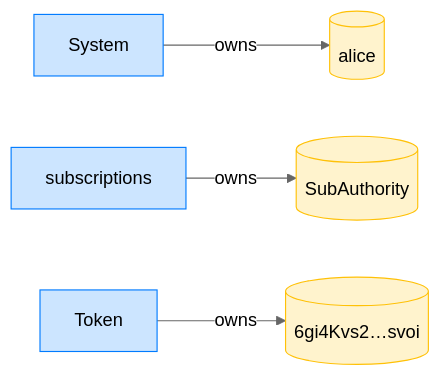
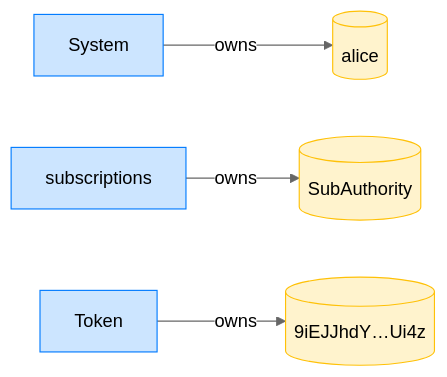
The fourth of 4 diagrams in dsl_tests/reject-a-fixed-delegation-with-a-past-expiry.md (cds-rs/subscriptions), drawn with Mermaid (neutral theme) before and after one commit. The commit also changed other lines of this file and 224 other files, not shown here.

````diff
--- a/dsl_tests/reject-a-fixed-delegation-with-a-past-expiry.md
+++ b/dsl_tests/reject-a-fixed-delegation-with-a-past-expiry.md
@@ -71,14 +76,14 @@
 ```mermaid
 flowchart LR
     classDef owner fill:#cce5ff,stroke:#007bff;
     classDef account fill:#fff3cd,stroke:#ffc107;
     System[System]:::owner
     alice[(alice)]:::account
     subscriptions[subscriptions]:::owner
     SubAuthority[(SubAuthority)]:::account
     Token[Token]:::owner
-    6gi4Kvs2_svoi[("6gi4Kvs2…svoi")]:::account
+    9iEJJhdY_Ui4z[("9iEJJhdY…Ui4z")]:::account
     System -->|owns| alice
     subscriptions -->|owns| SubAuthority
-    Token -->|owns| 6gi4Kvs2_svoi
+    Token -->|owns| 9iEJJhdY_Ui4z
 ```
````
